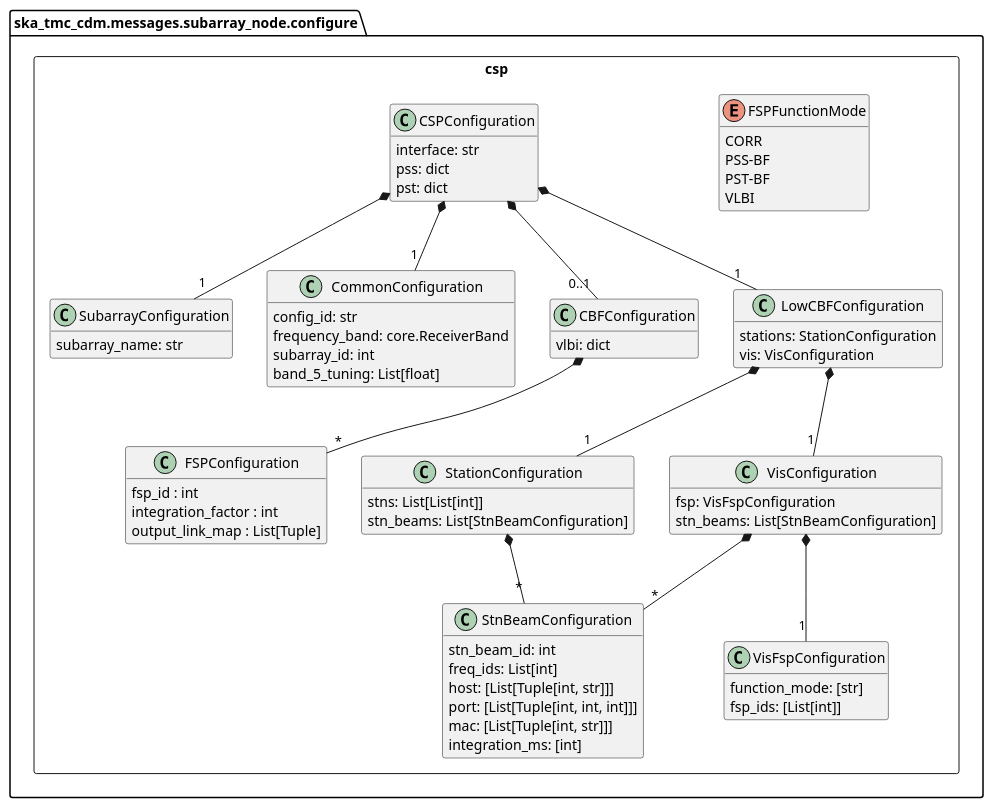
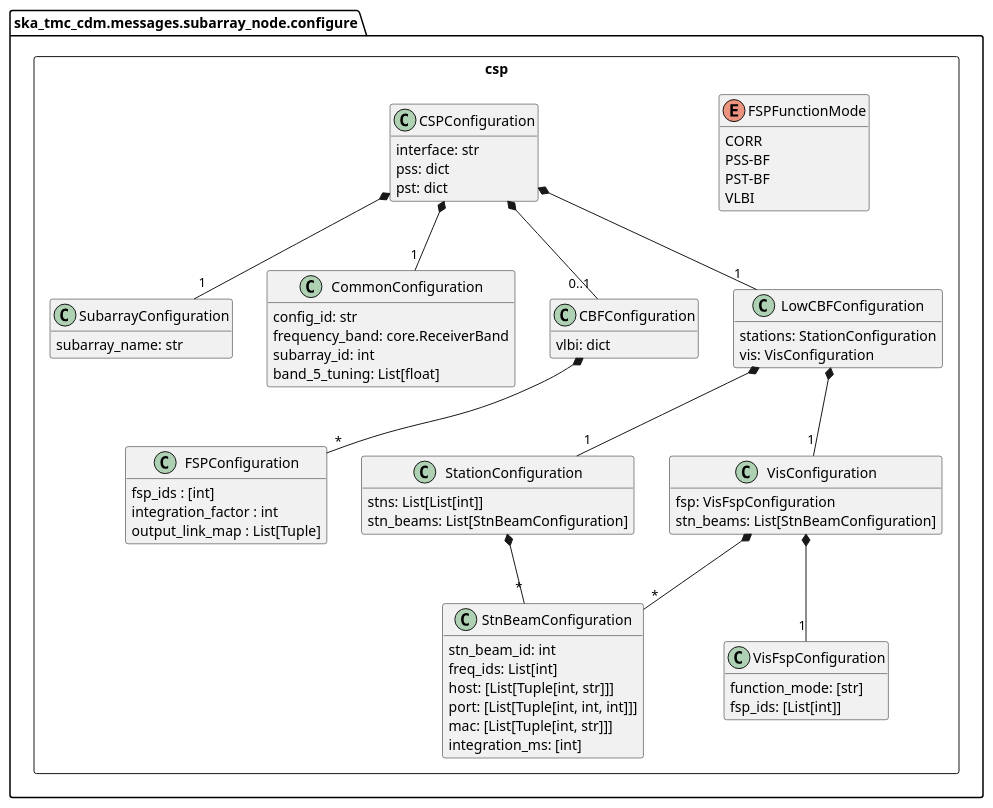
The diagram in docs/src/developer/subarraynode/csp.puml (ska-telescope/cdm-shared-library), drawn with PlantUML before and after one commit. The commit also changed 8 other files, not shown here.

Commit message:
STAR-558: Refactoring use of fsp_id to be fsp_ids, tests are unresolved

```diff
--- a/docs/src/developer/subarraynode/csp.puml
+++ b/docs/src/developer/subarraynode/csp.puml
@@ -1,89 +1,89 @@
 @startuml
 hide empty members
 
 ' Remove the following lines when VLBI, PSS and PST
 ' are added to CDM
 remove VLBIConfiguration
 remove PSTConfiguration
 remove PSSConfiguration
 
 set separator none 
 package ska_tmc_cdm.messages.subarray_node.configure {
 	package csp <<Rectangle>> {
 	    class SubarrayConfiguration {
 	        subarray_name: str
 	    }
 
 	    class CommonConfiguration {
 	        config_id: str
             frequency_band: core.ReceiverBand
             subarray_id: int
             band_5_tuning: List[float]
 	    }
 
 	    class CBFConfiguration {
             vlbi: dict
 	    }
 
 		enum FSPFunctionMode {
 			CORR
 			PSS-BF
 			PST-BF
 			VLBI
 		}
 
 		class FSPConfiguration {
-			fsp_id : int
+			fsp_ids : [int]
 			integration_factor : int
 			output_link_map : List[Tuple]
 		}
 
 		class CSPConfiguration {
 	        interface: str
 	        pss: dict
 	        pst: dict
 
 		}
 
 		class LowCBFConfiguration {
 			stations: StationConfiguration 
 			vis: VisConfiguration
 		}
 
 		class StationConfiguration {
 			stns: List[List[int]]
         	stn_beams: List[StnBeamConfiguration]
 		}
 		
 		class StnBeamConfiguration {
 			stn_beam_id: int
 			freq_ids: List[int]
 			host: [List[Tuple[int, str]]]
 			port: [List[Tuple[int, int, int]]]
 			mac: [List[Tuple[int, str]]]
 			integration_ms: [int]
 		}
 
 		class VisConfiguration {
 			fsp: VisFspConfiguration
 			stn_beams: List[StnBeamConfiguration]
 		}
 
 		class VisFspConfiguration {
 			function_mode: [str]
 			fsp_ids: [List[int]]
 		}
 
 		CBFConfiguration *-- "*" FSPConfiguration
 		CSPConfiguration *-- "1" CommonConfiguration
 		CSPConfiguration *-- "1" SubarrayConfiguration
 		CSPConfiguration *-- "0..1" CBFConfiguration
 		CSPConfiguration *-- "1" LowCBFConfiguration
 		LowCBFConfiguration *-- "1" StationConfiguration
 		LowCBFConfiguration *-- "1" VisConfiguration
 		VisConfiguration *-- "1" VisFspConfiguration
 		VisConfiguration *-- "*" StnBeamConfiguration
 		StationConfiguration *-- "*" StnBeamConfiguration
 	}	
 }
 @enduml
```
